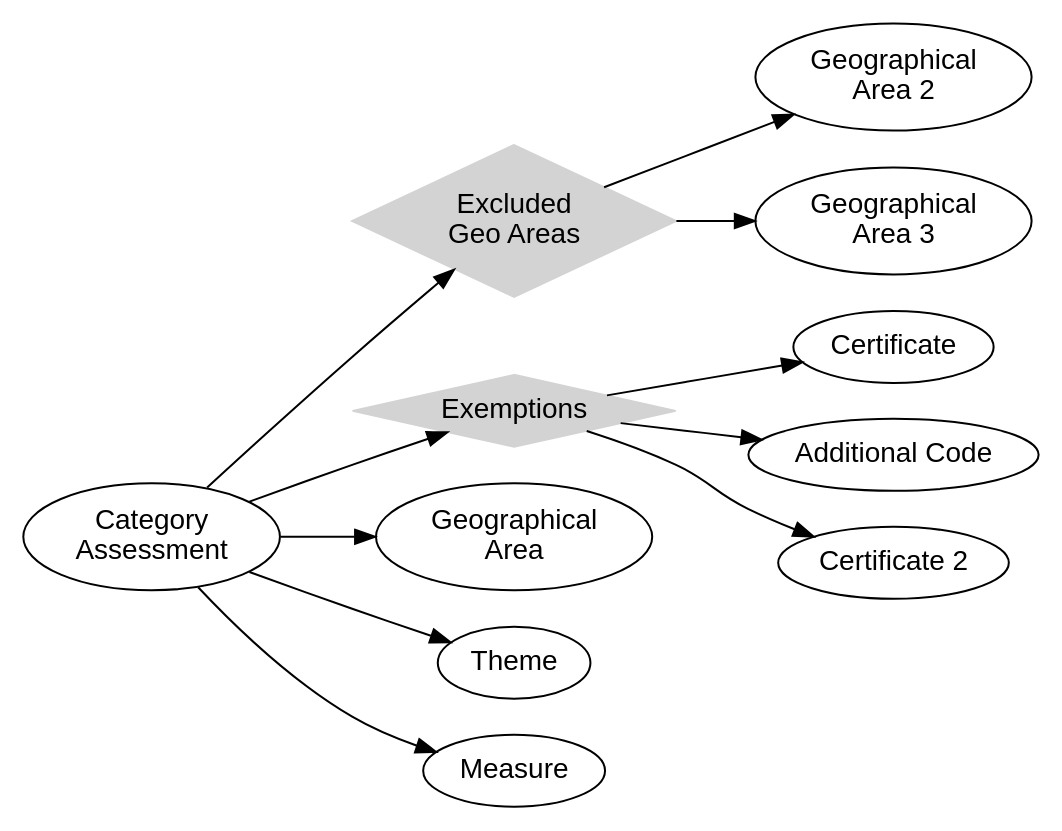
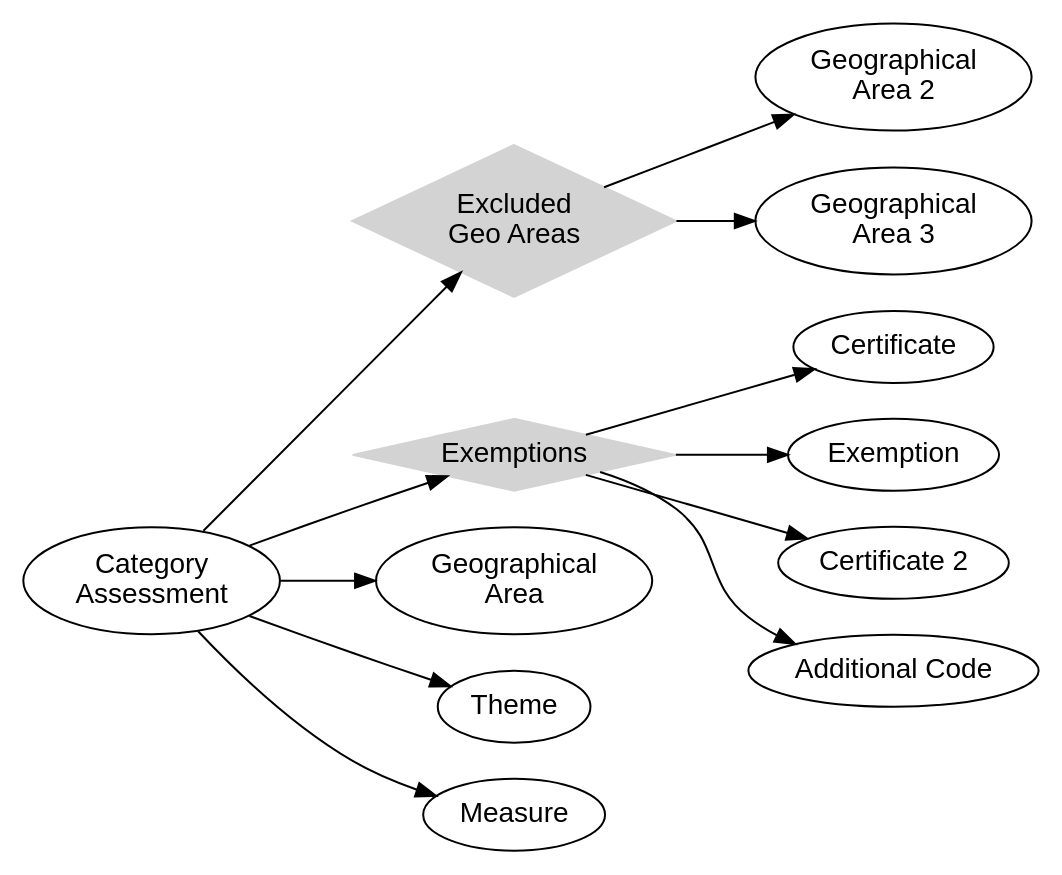
Before and after one commit to trade-tariff/trade-tariff-api-docs: the diagram in source/graphviz/category-assessment.dot, drawn with Graphviz. The commit also changed 1 other file, not shown here.

Commit message:
GL-485 Added Pseudo Exemptions to API Docs

```diff
--- a/source/graphviz/category-assessment.dot
+++ b/source/graphviz/category-assessment.dot
@@ -1,22 +1,23 @@
 digraph {
     rankdir="LR"
     fontname="Arial,sans-serif"
     node [fontname="Arial,sans-serif"]
     edge [fontname="Arial,sans-serif"]
 
     node [shape=diamond,style=filled,color=lightgrey];
     "Excluded\nGeo Areas";
     "Exemptions";
 
     node [shape=ellipse,style=unfilled,color=black];
     "Category\nAssessment" -> "Exemptions"
     "Exemptions" -> "Certificate"
+    "Exemptions" -> "Exemption"
+    "Exemptions" -> "Certificate 2"
     "Exemptions" -> "Additional Code"
-    "Exemptions" -> "Certificate 2"
     "Category\nAssessment" -> "Geographical\nArea"
     "Category\nAssessment" -> "Excluded\nGeo Areas"
     "Excluded\nGeo Areas" -> "Geographical\nArea 2"
     "Excluded\nGeo Areas" -> "Geographical\nArea 3"
     "Category\nAssessment" -> "Theme"
     "Category\nAssessment" -> "Measure"
 }
```
